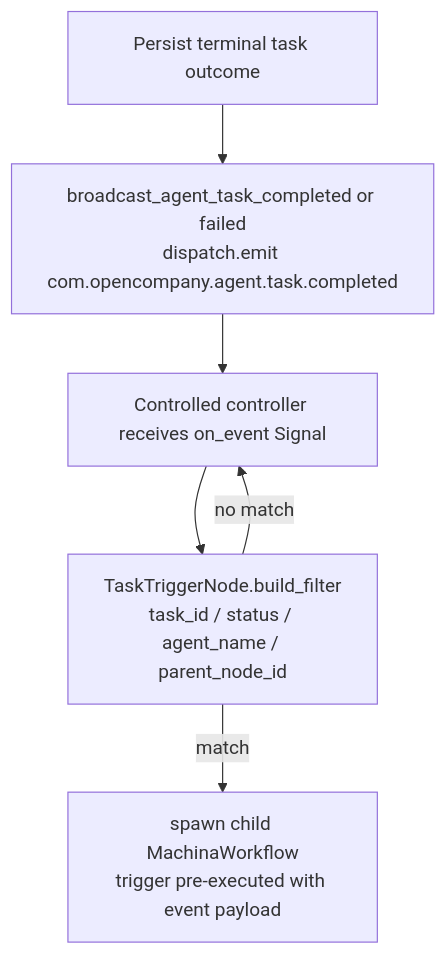
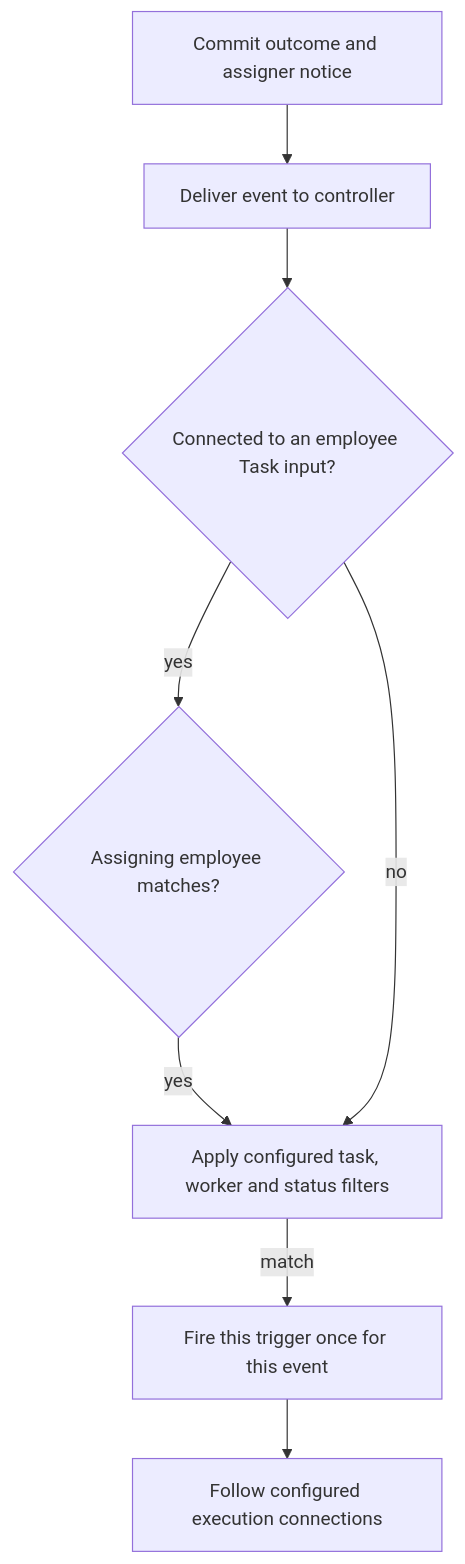
One commit to zeenie-ai/OpenCompany changed the diagram in docs-internal/node-logic-flows/workflow_triggers/taskTrigger.md. Above: the diagram before and after it, drawn with Mermaid. The commit also changed other lines of this file and 16 other files, not shown here.

````diff
--- a/docs-internal/node-logic-flows/workflow_triggers/taskTrigger.md
+++ b/docs-internal/node-logic-flows/workflow_triggers/taskTrigger.md
@@ -74,8 +70,10 @@
 ```mermaid
 flowchart TD
-  P[Persist terminal task outcome] --> Q[broadcast_agent_task_completed or failed<br/>dispatch.emit com.opencompany.agent.task.completed]
-  Q --> R[Controlled controller receives on_event Signal]
-  R --> S[TaskTriggerNode.build_filter<br/>task_id / status / agent_name / parent_node_id]
-  S -- match --> T[spawn child MachinaWorkflow<br/>trigger pre-executed with event payload]
-  S -- no match --> R
+  P[Commit outcome and assigner notice] --> Q[Deliver event to controller]
+  Q --> R{Connected to an employee Task input?}
+  R -- yes --> W{Assigning employee matches?}
+  W -- yes --> S[Apply configured task, worker and status filters]
+  R -- no --> S
+  S -- match --> T[Fire this trigger once for this event]
+  T --> U[Follow configured execution connections]
 ```
````
